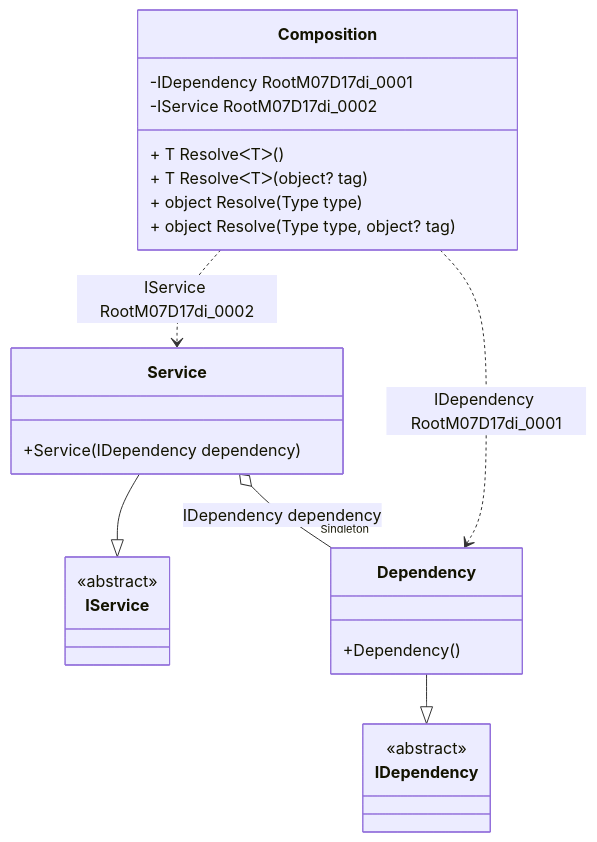
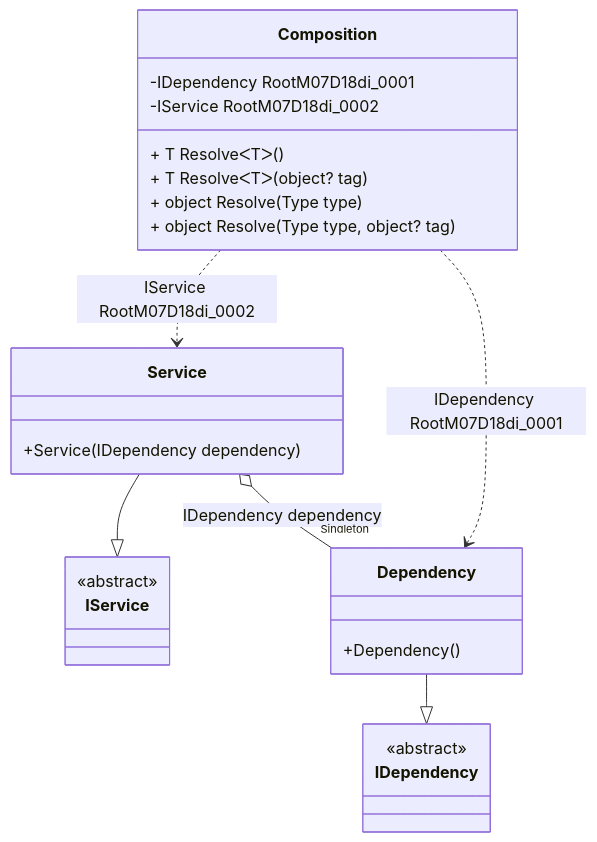
Before and after one commit to DevTeam/Pure.DI: the diagram in readme/service-collection.md, drawn with Mermaid. The commit also changed other lines of this file and 49 other files, not shown here.

````diff
--- a/readme/service-collection.md
+++ b/readme/service-collection.md
@@ -75,28 +75,28 @@
 ```mermaid
 classDiagram
   class Composition {
-    -IDependency RootM07D17di_0001
-    -IService RootM07D17di_0002
+    -IDependency RootM07D18di_0001
+    -IService RootM07D18di_0002
     + T ResolveᐸTᐳ()
     + T ResolveᐸTᐳ(object? tag)
     + object Resolve(Type type)
     + object Resolve(Type type, object? tag)
   }
   Service --|> IService : 
   class Service {
     +Service(IDependency dependency)
   }
   Dependency --|> IDependency : 
   class Dependency {
     +Dependency()
   }
   class IService {
     <<abstract>>
   }
   class IDependency {
     <<abstract>>
   }
   Service o--  "Singleton" Dependency : IDependency dependency
-  Composition ..> Dependency : IDependency RootM07D17di_0001
-  Composition ..> Service : IService RootM07D17di_0002
+  Composition ..> Dependency : IDependency RootM07D18di_0001
+  Composition ..> Service : IService RootM07D18di_0002
 ```
````
